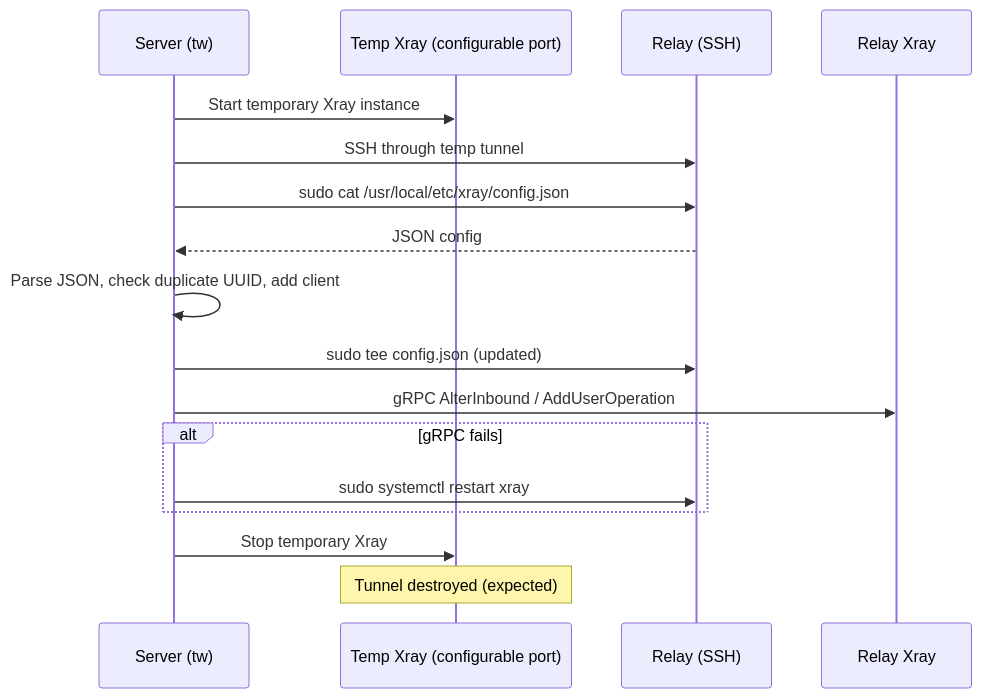
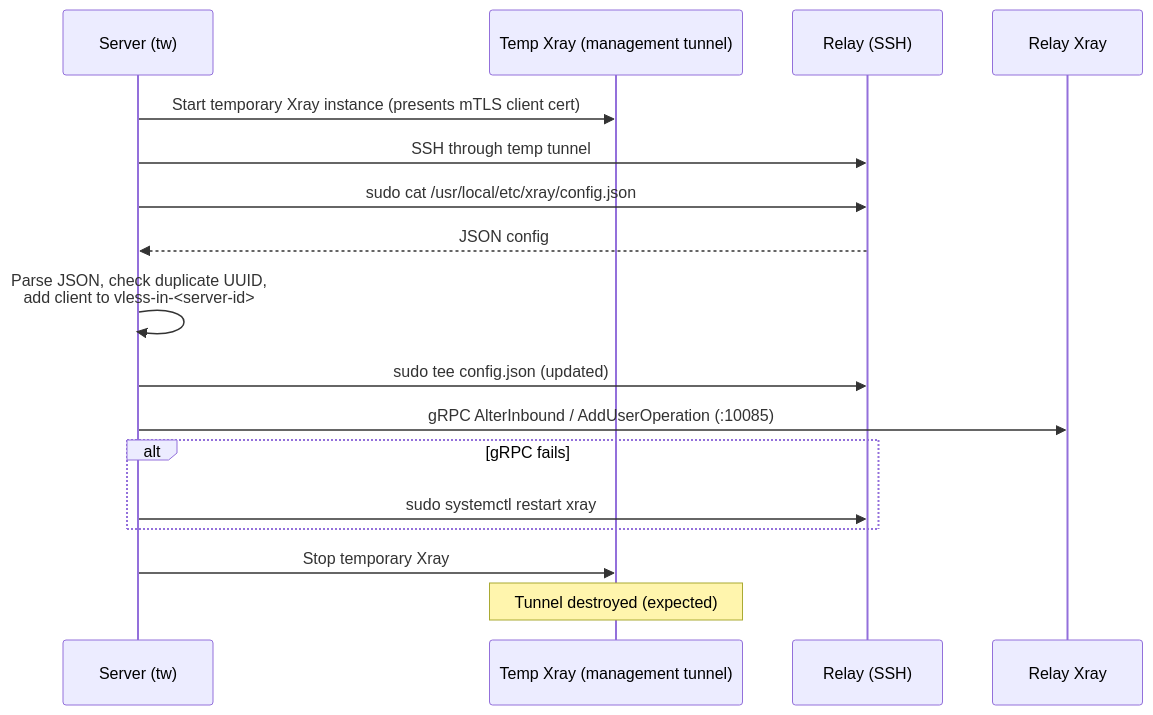
Before and after one commit to Tunnel-Whisperer/Tunnel-Whisperer: the second of 7 diagrams in docs/architecture/cross-cutting.md, drawn with Mermaid. The commit also changed other lines of this file and 45 other files, not shown here.

````diff
--- a/docs/architecture/cross-cutting.md
+++ b/docs/architecture/cross-cutting.md
@@ -57,20 +57,20 @@
 ```mermaid
 sequenceDiagram
     participant S as Server (tw)
-    participant TX as Temp Xray (configurable port)
+    participant TX as Temp Xray (management tunnel)
     participant R as Relay (SSH)
     participant XR as Relay Xray
 
-    S ->> TX: Start temporary Xray instance
+    S ->> TX: Start temporary Xray instance (presents mTLS client cert)
     S ->> R: SSH through temp tunnel
     S ->> R: sudo cat /usr/local/etc/xray/config.json
     R -->> S: JSON config
-    S ->> S: Parse JSON, check duplicate UUID, add client
+    S ->> S: Parse JSON, check duplicate UUID,<br/>add client to vless-in-<server-id>
     S ->> R: sudo tee config.json (updated)
-    S ->> XR: gRPC AlterInbound / AddUserOperation
+    S ->> XR: gRPC AlterInbound / AddUserOperation (:10085)
     alt gRPC fails
         S ->> R: sudo systemctl restart xray
     end
     S ->> TX: Stop temporary Xray
     Note over TX: Tunnel destroyed (expected)
 ```
````
